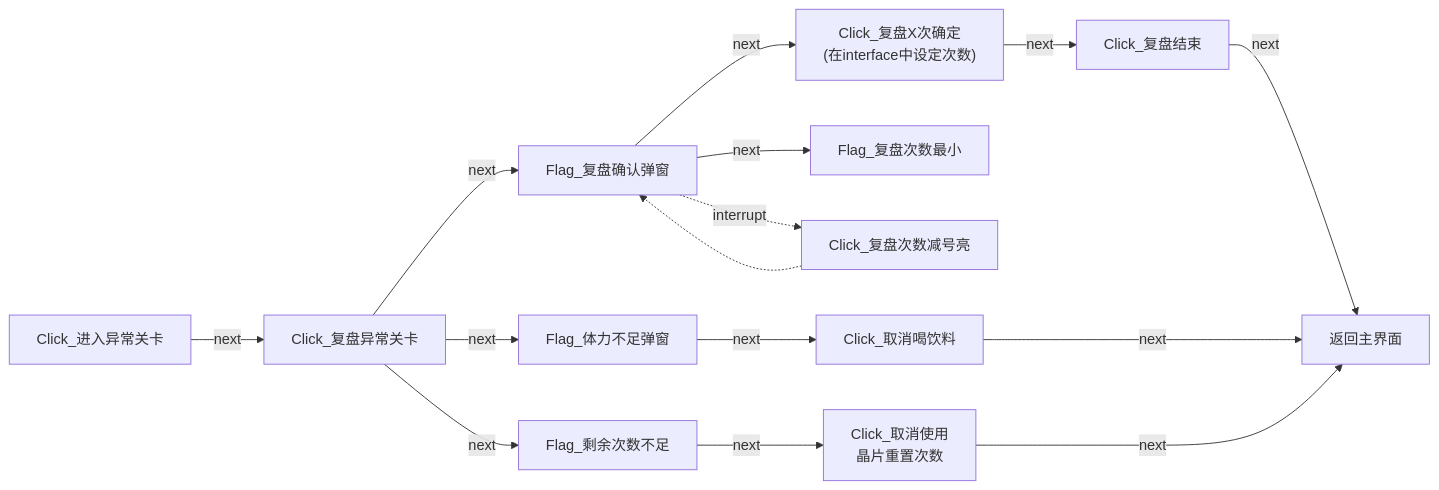
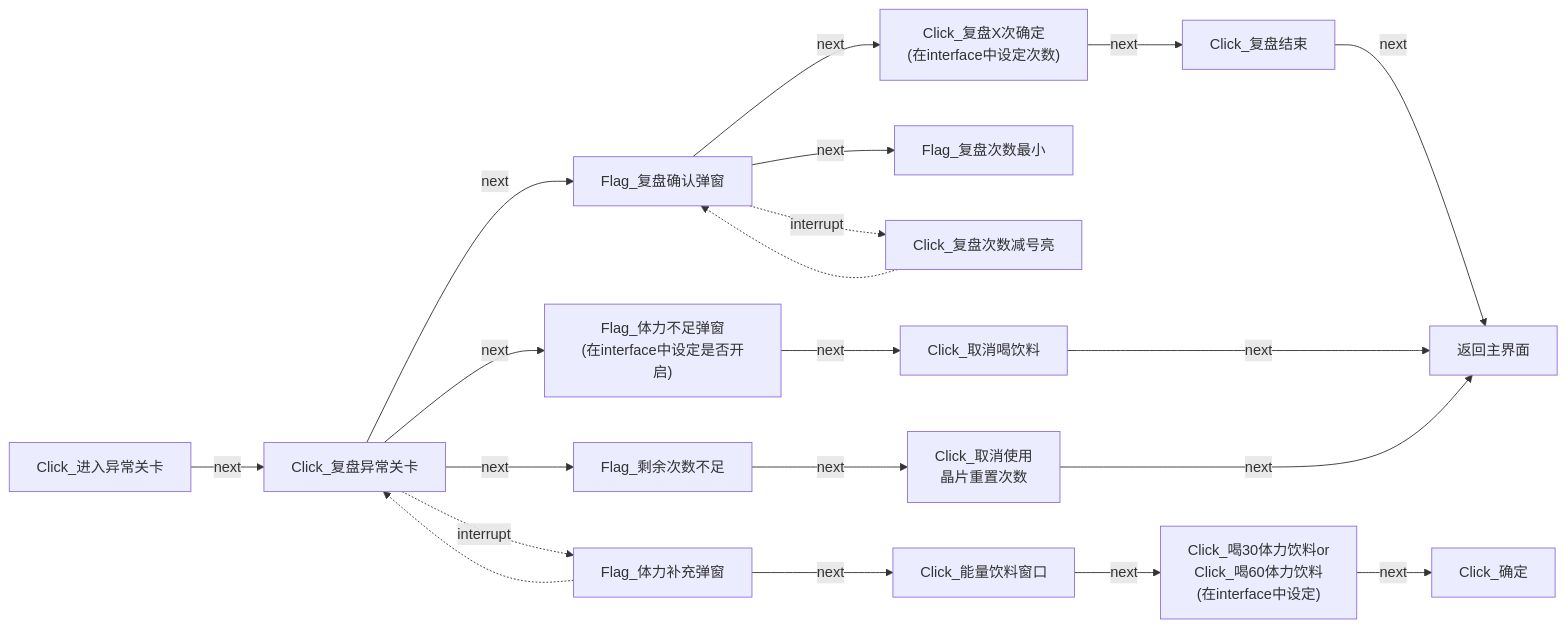
Diagram 20 of 24 in docs/zh_cn/Pipeline.md (Coxwtwo/MaaTOT), drawn with Mermaid before and after one commit. The commit also changed other lines of this file, not shown here.

Commit message:
docs：完善开发说明和流程图

````diff
--- a/docs/zh_cn/Pipeline.md
+++ b/docs/zh_cn/Pipeline.md
@@ -372,19 +442,24 @@
 ```mermaid
 flowchart LR
     n14["Click_进入异常关卡"] -->|next| n17["Click_复盘异常关卡"]
     n17 -->|next| n18["Flag_复盘确认弹窗"]
-    n17 -->|next| n19["Flag_体力不足弹窗"]
+    n17 -->|next| n19["Flag_体力不足弹窗<br>(在interface中设定是否开启)"]
     n17 -->|next| n20["Flag_剩余次数不足"]
+    n17 -.->|interrupt| z["Flag_体力补充弹窗"]
+    z -.-> n17
+    z -->|next| z1["Click_能量饮料窗口"]
+    z1 -->|next| z2["Click_喝30体力饮料or<br>Click_喝60体力饮料<br>(在interface中设定)"]
+    z2 -->|next| z3["Click_确定"]
 
     n18["Flag_复盘确认弹窗"] -->|next| n21["Click_复盘X次确定<br>(在interface中设定次数)"]
     n18["Flag_复盘确认弹窗"] -->|next| n22["Flag_复盘次数最小"]
     n18 -.->|interrupt| n23["Click_复盘次数减号亮"]
     n23 -.-> n18
     n21["Click_复盘X次确定<br>(在interface中设定次数)"] -->|next| n24["Click_复盘结束"]
     n24 -->|next| n012["返回主界面"]
 
-    n19["Flag_体力不足弹窗"] -->|next| n25["Click_取消喝饮料"]
+    n19["Flag_体力不足弹窗<br>(在interface中设定是否开启)"] -->|next| n25["Click_取消喝饮料"]
     n25 --->|next| n012["返回主界面"]
     n20["Flag_剩余次数不足"] -->|next| n26["Click_取消使用<br>晶片重置次数"]
     n26 --->|next| n012["返回主界面"]
 ```
````
